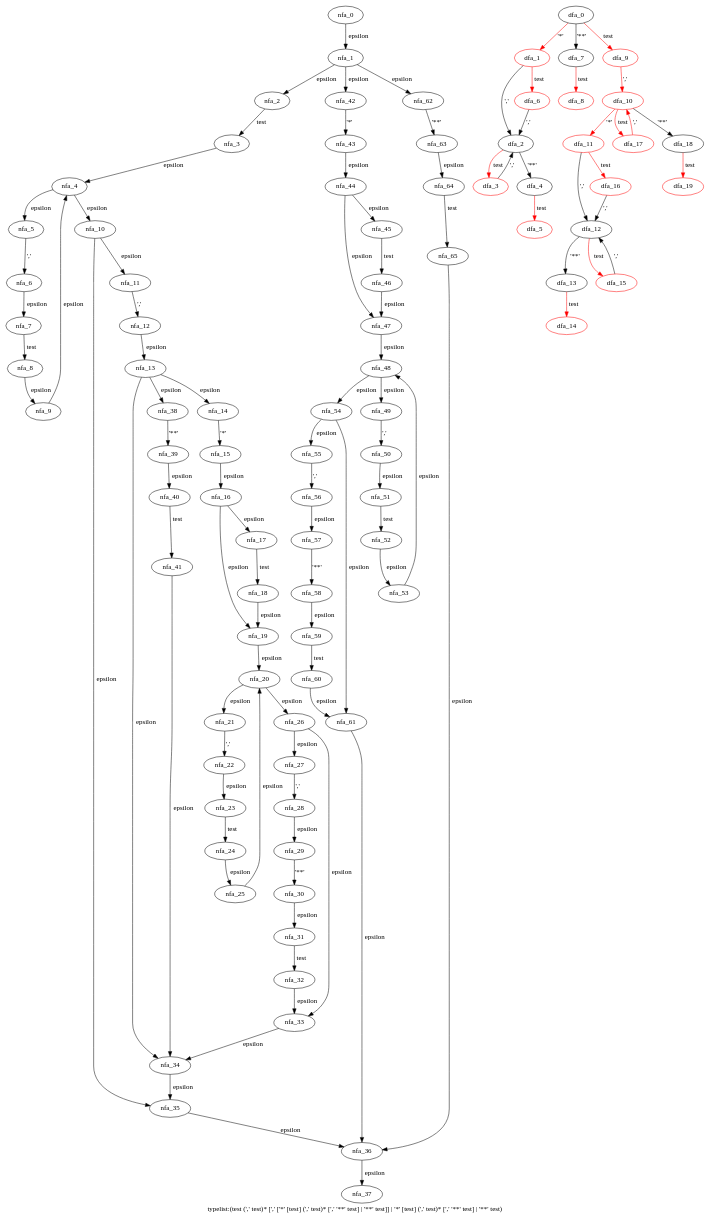
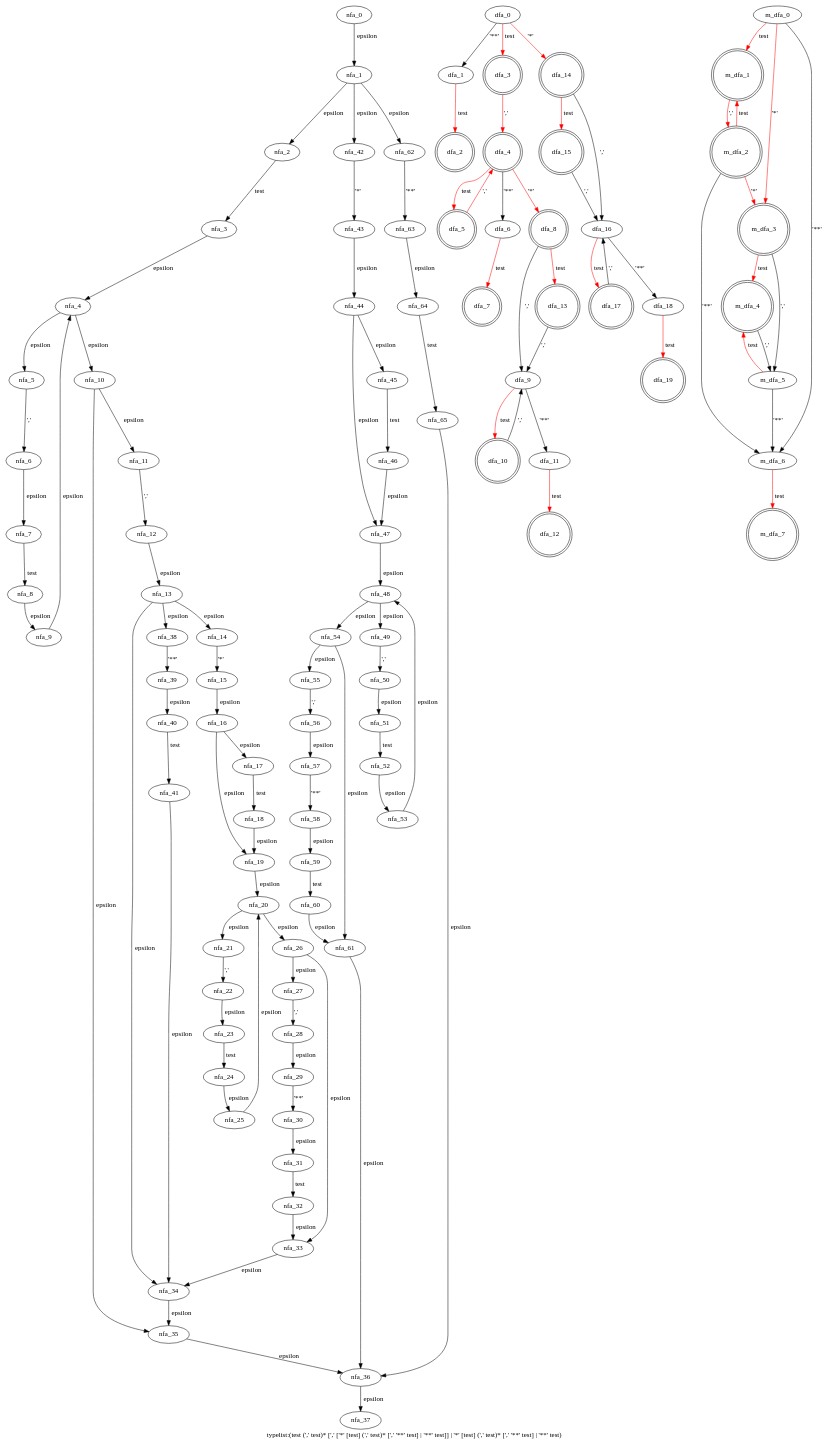
One commit to WinChua/blog changed the diagram in cpython/grammar/handwrite/nfa_dfas/91.typelist.dot. Above: the diagram before and after it, drawn with Graphviz. The commit also changed 183 other files, not shown here.

```diff
--- a/cpython/grammar/handwrite/nfa_dfas/91.typelist.dot
+++ b/cpython/grammar/handwrite/nfa_dfas/91.typelist.dot
@@ -1,121 +1,141 @@
 digraph typelist {
  graph[label="typelist:(test (',' test)* [',' ['*' [test] (',' test)* [',' '**' test] | '**' test]] | '*' [test] (',' test)* [',' '**' test] | '**' test)"]
  subgraph typelist_nfa {
   nfa_0->nfa_1[label="epsilon"]
   nfa_1->nfa_2[label="epsilon"]
   nfa_2->nfa_3[label="test"]
   nfa_3->nfa_4[label="epsilon"]
   nfa_4->nfa_5[label="epsilon"]
   nfa_5->nfa_6[label="','"]
   nfa_6->nfa_7[label="epsilon"]
   nfa_7->nfa_8[label="test"]
   nfa_8->nfa_9[label="epsilon"]
   nfa_9->nfa_4[label="epsilon"]
   nfa_4->nfa_10[label="epsilon"]
   nfa_10->nfa_11[label="epsilon"]
   nfa_11->nfa_12[label="','"]
   nfa_12->nfa_13[label="epsilon"]
   nfa_13->nfa_14[label="epsilon"]
   nfa_14->nfa_15[label="'*'"]
   nfa_15->nfa_16[label="epsilon"]
   nfa_16->nfa_17[label="epsilon"]
   nfa_17->nfa_18[label="test"]
   nfa_18->nfa_19[label="epsilon"]
   nfa_19->nfa_20[label="epsilon"]
   nfa_20->nfa_21[label="epsilon"]
   nfa_21->nfa_22[label="','"]
   nfa_22->nfa_23[label="epsilon"]
   nfa_23->nfa_24[label="test"]
   nfa_24->nfa_25[label="epsilon"]
   nfa_25->nfa_20[label="epsilon"]
   nfa_20->nfa_26[label="epsilon"]
   nfa_26->nfa_27[label="epsilon"]
   nfa_27->nfa_28[label="','"]
   nfa_28->nfa_29[label="epsilon"]
   nfa_29->nfa_30[label="'**'"]
   nfa_30->nfa_31[label="epsilon"]
   nfa_31->nfa_32[label="test"]
   nfa_32->nfa_33[label="epsilon"]
   nfa_33->nfa_34[label="epsilon"]
   nfa_34->nfa_35[label="epsilon"]
   nfa_35->nfa_36[label="epsilon"]
   nfa_36->nfa_37[label="epsilon"]
   nfa_26->nfa_33[label="epsilon"]
   nfa_16->nfa_19[label="epsilon"]
   nfa_13->nfa_38[label="epsilon"]
   nfa_38->nfa_39[label="'**'"]
   nfa_39->nfa_40[label="epsilon"]
   nfa_40->nfa_41[label="test"]
   nfa_41->nfa_34[label="epsilon"]
   nfa_13->nfa_34[label="epsilon"]
   nfa_10->nfa_35[label="epsilon"]
   nfa_1->nfa_42[label="epsilon"]
   nfa_42->nfa_43[label="'*'"]
   nfa_43->nfa_44[label="epsilon"]
   nfa_44->nfa_45[label="epsilon"]
   nfa_45->nfa_46[label="test"]
   nfa_46->nfa_47[label="epsilon"]
   nfa_47->nfa_48[label="epsilon"]
   nfa_48->nfa_49[label="epsilon"]
   nfa_49->nfa_50[label="','"]
   nfa_50->nfa_51[label="epsilon"]
   nfa_51->nfa_52[label="test"]
   nfa_52->nfa_53[label="epsilon"]
   nfa_53->nfa_48[label="epsilon"]
   nfa_48->nfa_54[label="epsilon"]
   nfa_54->nfa_55[label="epsilon"]
   nfa_55->nfa_56[label="','"]
   nfa_56->nfa_57[label="epsilon"]
   nfa_57->nfa_58[label="'**'"]
   nfa_58->nfa_59[label="epsilon"]
   nfa_59->nfa_60[label="test"]
   nfa_60->nfa_61[label="epsilon"]
   nfa_61->nfa_36[label="epsilon"]
   nfa_54->nfa_61[label="epsilon"]
   nfa_44->nfa_47[label="epsilon"]
   nfa_1->nfa_62[label="epsilon"]
   nfa_62->nfa_63[label="'**'"]
   nfa_63->nfa_64[label="epsilon"]
   nfa_64->nfa_65[label="test"]
   nfa_65->nfa_36[label="epsilon"]
   }
  subgraph typelist_dfa {
-  dfa_0->dfa_1[label="'*'",color=red]
-  dfa_1->dfa_2[label="','"]
-  dfa_2->dfa_3[label="test",color=red]
-  dfa_3->dfa_2[label="','"]
-  dfa_2->dfa_4[label="'**'"]
+  dfa_0->dfa_1[label="'**'"]
+  dfa_1->dfa_2[label="test",color=red]
+  dfa_0->dfa_3[label="test",color=red]
+  dfa_3->dfa_4[label="','",color=red]
   dfa_4->dfa_5[label="test",color=red]
-  dfa_1->dfa_6[label="test",color=red]
-  dfa_6->dfa_2[label="','"]
-  dfa_0->dfa_7[label="'**'"]
-  dfa_7->dfa_8[label="test",color=red]
-  dfa_0->dfa_9[label="test",color=red]
-  dfa_9->dfa_10[label="','",color=red]
-  dfa_10->dfa_11[label="'*'",color=red]
-  dfa_11->dfa_12[label="','"]
-  dfa_12->dfa_13[label="'**'"]
-  dfa_13->dfa_14[label="test",color=red]
-  dfa_12->dfa_15[label="test",color=red]
-  dfa_15->dfa_12[label="','"]
-  dfa_11->dfa_16[label="test",color=red]
-  dfa_16->dfa_12[label="','"]
-  dfa_10->dfa_17[label="test",color=red]
-  dfa_17->dfa_10[label="','",color=red]
-  dfa_10->dfa_18[label="'**'"]
+  dfa_5->dfa_4[label="','",color=red]
+  dfa_4->dfa_6[label="'**'"]
+  dfa_6->dfa_7[label="test",color=red]
+  dfa_4->dfa_8[label="'*'",color=red]
+  dfa_8->dfa_9[label="','"]
+  dfa_9->dfa_10[label="test",color=red]
+  dfa_10->dfa_9[label="','"]
+  dfa_9->dfa_11[label="'**'"]
+  dfa_11->dfa_12[label="test",color=red]
+  dfa_8->dfa_13[label="test",color=red]
+  dfa_13->dfa_9[label="','"]
+  dfa_0->dfa_14[label="'*'",color=red]
+  dfa_14->dfa_15[label="test",color=red]
+  dfa_15->dfa_16[label="','"]
+  dfa_16->dfa_17[label="test",color=red]
+  dfa_17->dfa_16[label="','"]
+  dfa_16->dfa_18[label="'**'"]
   dfa_18->dfa_19[label="test",color=red]
-  dfa_1[color=red]
-  dfa_3[color=red]
-  dfa_5[color=red]
-  dfa_6[color=red]
-  dfa_8[color=red]
-  dfa_9[color=red]
-  dfa_10[color=red]
-  dfa_11[color=red]
-  dfa_14[color=red]
-  dfa_15[color=red]
-  dfa_16[color=red]
-  dfa_17[color=red]
-  dfa_19[color=red]
+  dfa_14->dfa_16[label="','"]
+  dfa_2[shape=doublecircle]
+  dfa_3[shape=doublecircle]
+  dfa_4[shape=doublecircle]
+  dfa_5[shape=doublecircle]
+  dfa_7[shape=doublecircle]
+  dfa_8[shape=doublecircle]
+  dfa_10[shape=doublecircle]
+  dfa_12[shape=doublecircle]
+  dfa_13[shape=doublecircle]
+  dfa_14[shape=doublecircle]
+  dfa_15[shape=doublecircle]
+  dfa_17[shape=doublecircle]
+  dfa_19[shape=doublecircle]
+  }
+ subgraph typelist_m_dfa {
+  m_dfa_0->m_dfa_1[label="test",color=red]
+  m_dfa_1->m_dfa_2[label="','",color=red]
+  m_dfa_2->m_dfa_1[label="test",color=red]
+  m_dfa_2->m_dfa_3[label="'*'",color=red]
+  m_dfa_3->m_dfa_4[label="test",color=red]
+  m_dfa_4->m_dfa_5[label="','"]
+  m_dfa_5->m_dfa_4[label="test",color=red]
+  m_dfa_5->m_dfa_6[label="'**'"]
+  m_dfa_6->m_dfa_7[label="test",color=red]
+  m_dfa_3->m_dfa_5[label="','"]
+  m_dfa_2->m_dfa_6[label="'**'"]
+  m_dfa_0->m_dfa_3[label="'*'",color=red]
+  m_dfa_0->m_dfa_6[label="'**'"]
+  m_dfa_1[shape=doublecircle]
+  m_dfa_2[shape=doublecircle]
+  m_dfa_3[shape=doublecircle]
+  m_dfa_4[shape=doublecircle]
+  m_dfa_7[shape=doublecircle]
   }
 }
```
